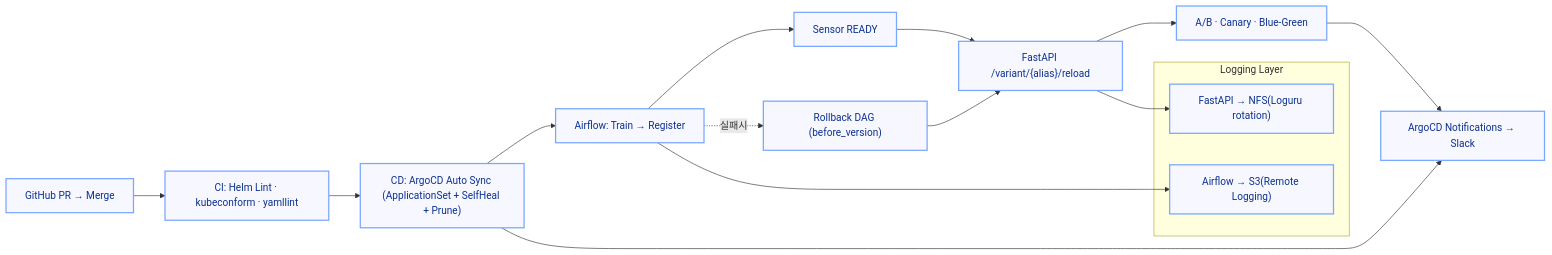
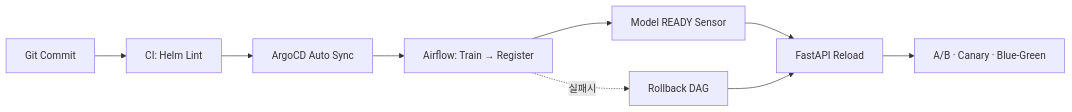
One commit to keonhoban/mlops-infra-gitops changed the diagram in README.md. Above: the diagram before and after it, drawn with Mermaid. The commit also changed other lines of this file, not shown here.

````diff
--- a/README.md
+++ b/README.md
@@ -44,24 +40,13 @@
 ```mermaid
 flowchart LR
-  G["GitHub PR → Merge"] --> CI["CI: Helm Lint · kubeconform · yamllint"]
-  CI --> CD["CD: ArgoCD Auto Sync (ApplicationSet + SelfHeal + Prune)"]
+  G["Git Commit"] --> CI["CI: Helm Lint"]
+  CI --> CD["ArgoCD Auto Sync"]
   CD --> AF["Airflow: Train → Register"]
-  AF --> SEN["Sensor READY"]
-  SEN --> RL["FastAPI /variant/{alias}/reload"]
+  AF --> S["Model READY Sensor"]
+  S --> RL["FastAPI Reload"]
   RL --> EXP["A/B · Canary · Blue-Green"]
-  AF -. 실패시 .-> RB["Rollback DAG (before_version)"]
+
+  AF -. 실패시 .-> RB["Rollback DAG"]
   RB --> RL
 
-  subgraph LOGS["Logging Layer"]
-    FA_LOG["FastAPI → NFS(Loguru rotation)"]
-    AF_LOG["Airflow → S3(Remote Logging)"]
-  end
-
-  CD --> NOTI["ArgoCD Notifications → Slack"]
-  AF --> AF_LOG
-  RL --> FA_LOG
-  EXP --> NOTI
-
-  classDef node fill:#f7f7ff,stroke:#7aa7ff,stroke-width:2px,color:#0b318f;
-
 ```
````
